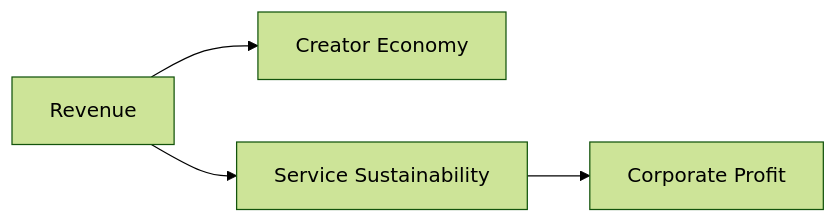
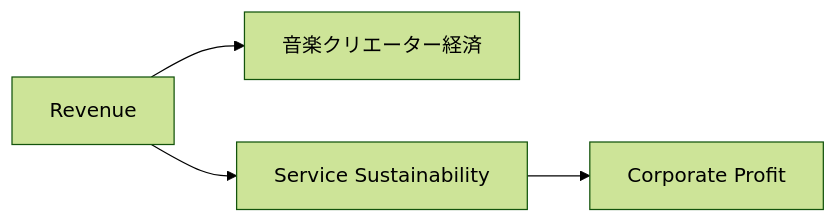
Before and after one commit to ShigeichiroYamasaki/creator-first-platform: diagram 12 of 27 in docs/whitepaper/06-economics-mathjax.md, drawn with Mermaid (forest theme). The commit also changed other lines of this file and 67 other files, not shown here.

````diff
--- a/docs/whitepaper/06-economics-mathjax.md
+++ b/docs/whitepaper/06-economics-mathjax.md
@@ -671,7 +671,7 @@
 ```mermaid
 flowchart LR
     REV[Revenue]
-    REV --> CREATOR[Creator Economy]
+    REV --> CREATOR[音楽クリエーター経済]
     REV --> SERVICE[Service Sustainability]
     SERVICE --> PROFIT[Corporate Profit]
 ```
````
